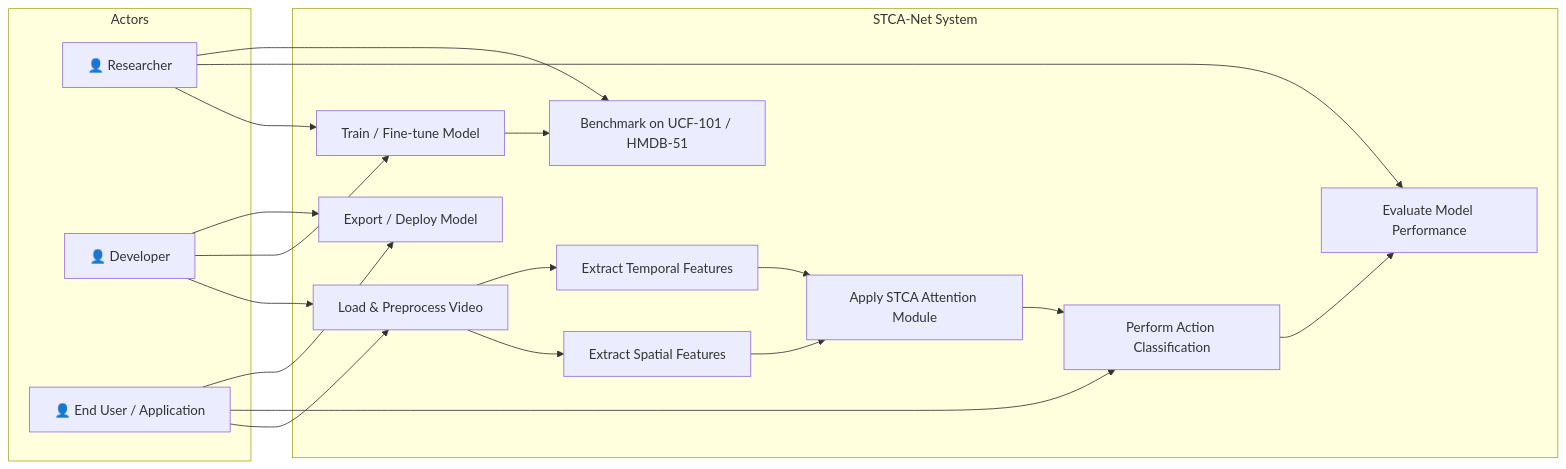
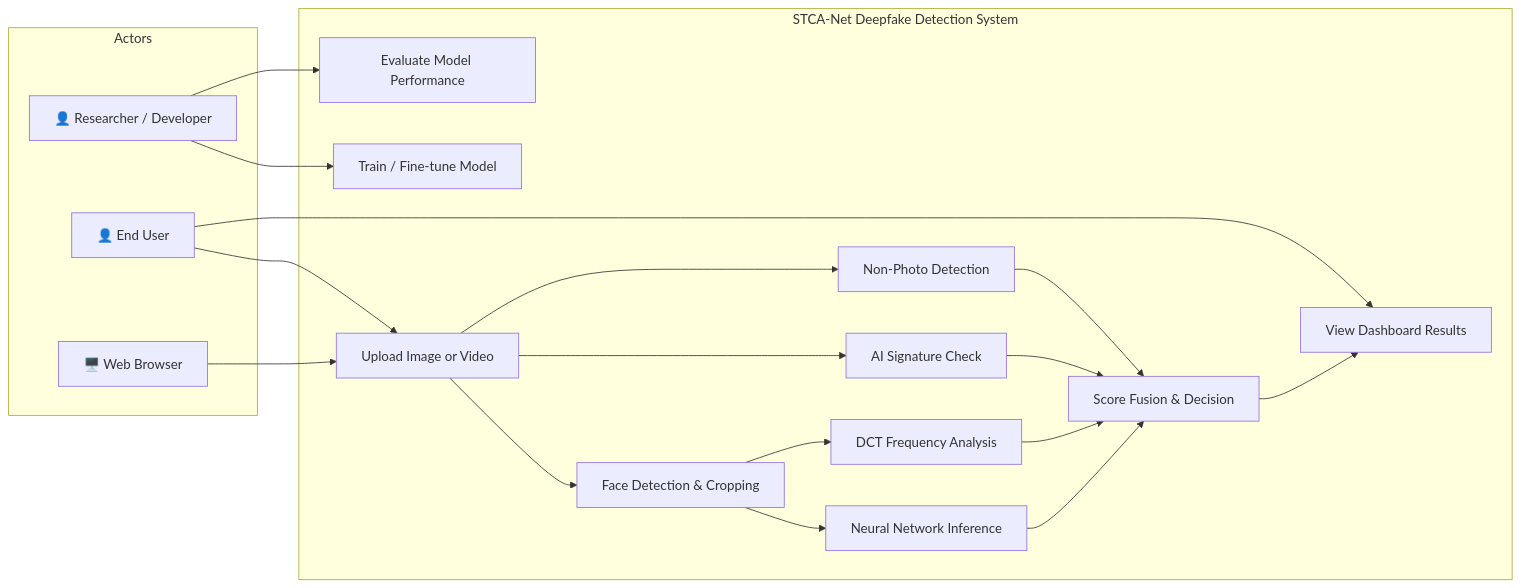
One commit to Ramanakumarreddy/STCA-Net-Project changed the first of 8 diagrams in STCA_Net_System_Overview_Diagrams.md. Above: the diagram before and after it, drawn with Mermaid. The commit also changed other lines of this file and 4 other files, not shown here.

Commit message:
feat: implement STCA-Net model architecture and core video analysis utilities while updating project documentation.

````diff
--- a/STCA_Net_System_Overview_Diagrams.md
+++ b/STCA_Net_System_Overview_Diagrams.md
@@ -26,41 +24,40 @@
 ```mermaid
 %%{init: {"theme": "default"}}%%
 graph LR
     subgraph Actors
-        U1["👤 Researcher"]
-        U2["👤 Developer"]
-        U3["👤 End User / Application"]
+        U1["👤 Researcher / Developer"]
+        U2["👤 End User"]
+        U3["🖥️ Web Browser"]
     end
 
-    subgraph STCA_Net_System["STCA-Net System"]
-        UC1["Load & Preprocess Video"]
-        UC2["Extract Spatial Features"]
-        UC3["Extract Temporal Features"]
-        UC4["Apply STCA Attention Module"]
-        UC5["Perform Action Classification"]
-        UC6["Evaluate Model Performance"]
-        UC7["Train / Fine-tune Model"]
-        UC8["Export / Deploy Model"]
-        UC9["Benchmark on UCF-101 / HMDB-51"]
+    subgraph STCA_Net_System["STCA-Net Deepfake Detection System"]
+        UC1["Upload Image or Video"]
+        UC2["Face Detection & Cropping"]
+        UC3["Neural Network Inference"]
+        UC4["DCT Frequency Analysis"]
+        UC5["AI Signature Check"]
+        UC6["Non-Photo Detection"]
+        UC7["Score Fusion & Decision"]
+        UC8["View Dashboard Results"]
+        UC9["Train / Fine-tune Model"]
+        UC10["Evaluate Model Performance"]
     end
 
-    U1 --> UC7
-    U1 --> UC6
-    U1 --> UC9
-
     U2 --> UC1
-    U2 --> UC7
+    U3 --> UC1
     U2 --> UC8
 
-    U3 --> UC1
-    U3 --> UC5
-    U3 --> UC8
+    U1 --> UC9
+    U1 --> UC10
 
     UC1 --> UC2
-    UC1 --> UC3
+    UC1 --> UC5
+    UC1 --> UC6
+    UC2 --> UC3
     UC2 --> UC4
-    UC3 --> UC4
-    UC4 --> UC5
-    UC5 --> UC6
-    UC7 --> UC9
+    UC3 --> UC7
+    UC4 --> UC7
+    UC5 --> UC7
+    UC6 --> UC7
+    UC7 --> UC8
 ```
````
